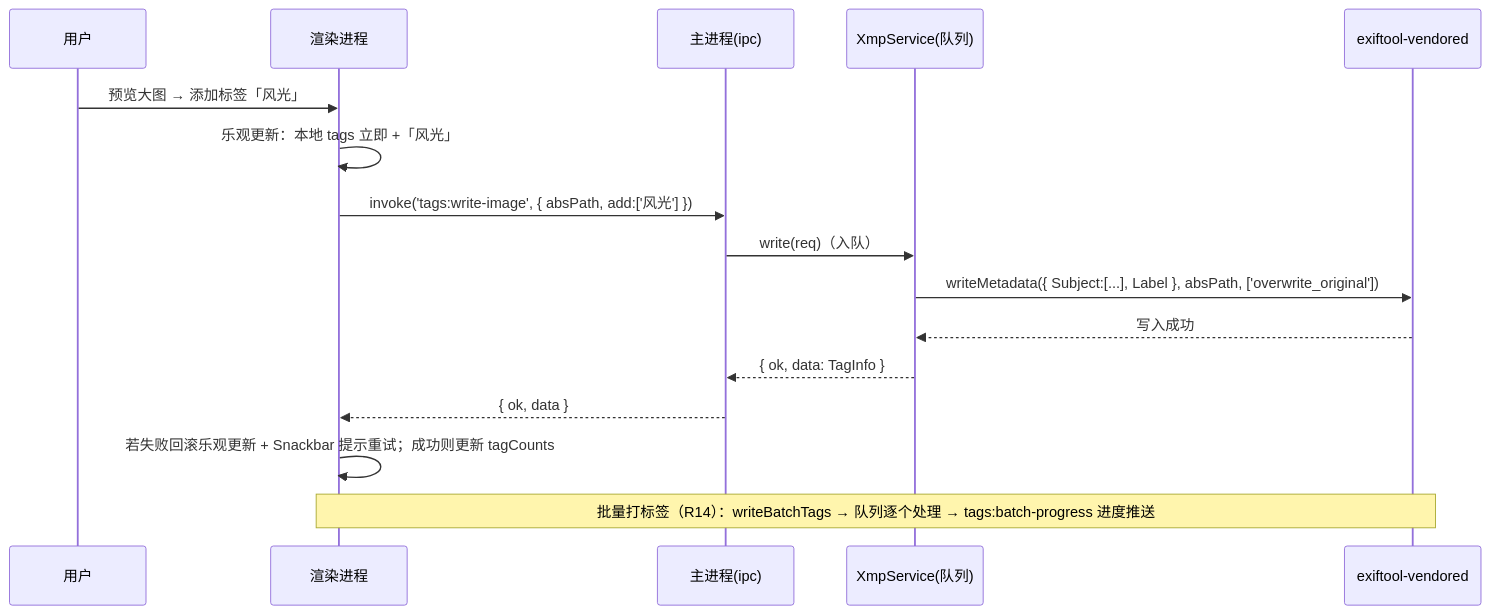
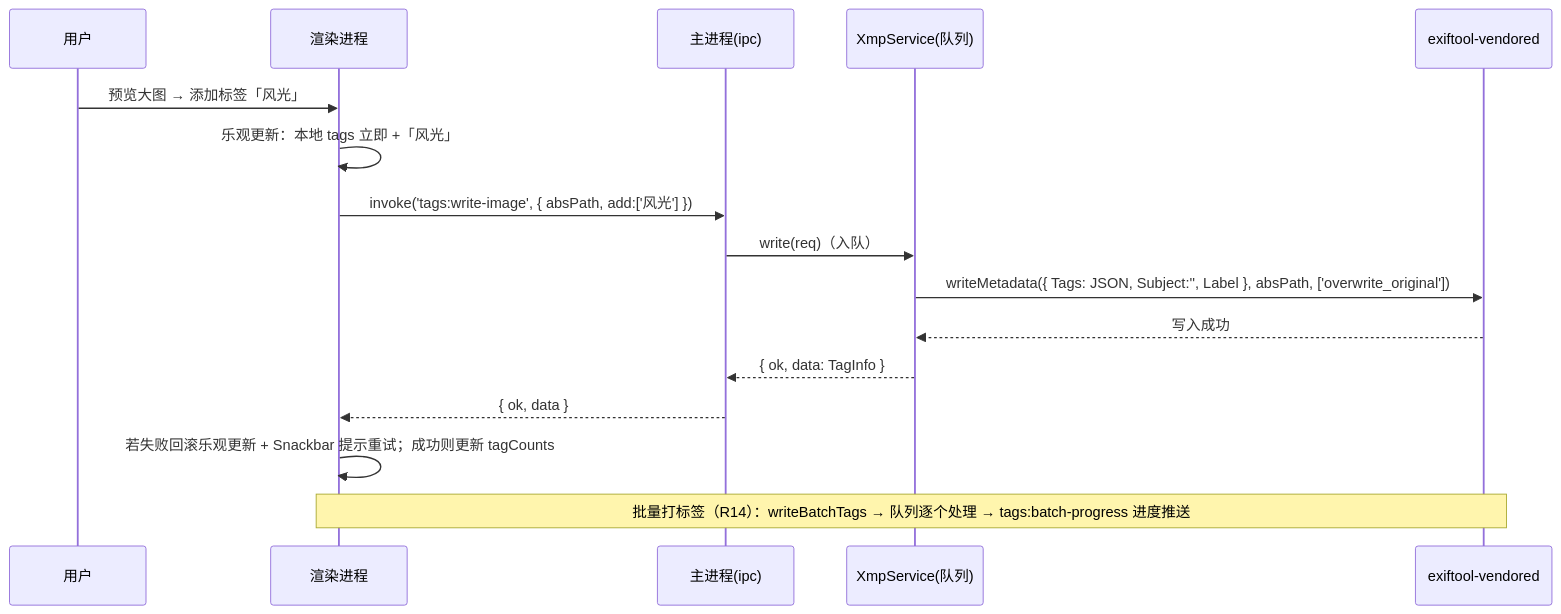
Before and after one commit to ybd0612/PhotoTagManager: the second of 3 diagrams in docs/ARCHITECTURE.md, drawn with Mermaid. The commit also changed other lines of this file and 3 other files, not shown here.

````diff
--- a/docs/ARCHITECTURE.md
+++ b/docs/ARCHITECTURE.md
@@ -331,18 +331,18 @@
 ```mermaid
 sequenceDiagram
     participant U as 用户
     participant R as 渲染进程
     participant M as 主进程(ipc)
     participant X as XmpService(队列)
     participant E as exiftool-vendored
     U->>R: 预览大图 → 添加标签「风光」
     R->>R: 乐观更新：本地 tags 立即 +「风光」
     R->>M: invoke('tags:write-image', { absPath, add:['风光'] })
     M->>X: write(req)（入队）
-    X->>E: writeMetadata({ Subject:[...], Label }, absPath, ['overwrite_original'])
+    X->>E: writeMetadata({ Tags: JSON, Subject:'', Label }, absPath, ['overwrite_original'])
     E-->>X: 写入成功
     X-->>M: { ok, data: TagInfo }
     M-->>R: { ok, data }
     R->>R: 若失败回滚乐观更新 + Snackbar 提示重试；成功则更新 tagCounts
     Note over R,E: 批量打标签（R14）：writeBatchTags → 队列逐个处理 → tags:batch-progress 进度推送
 ```
````
